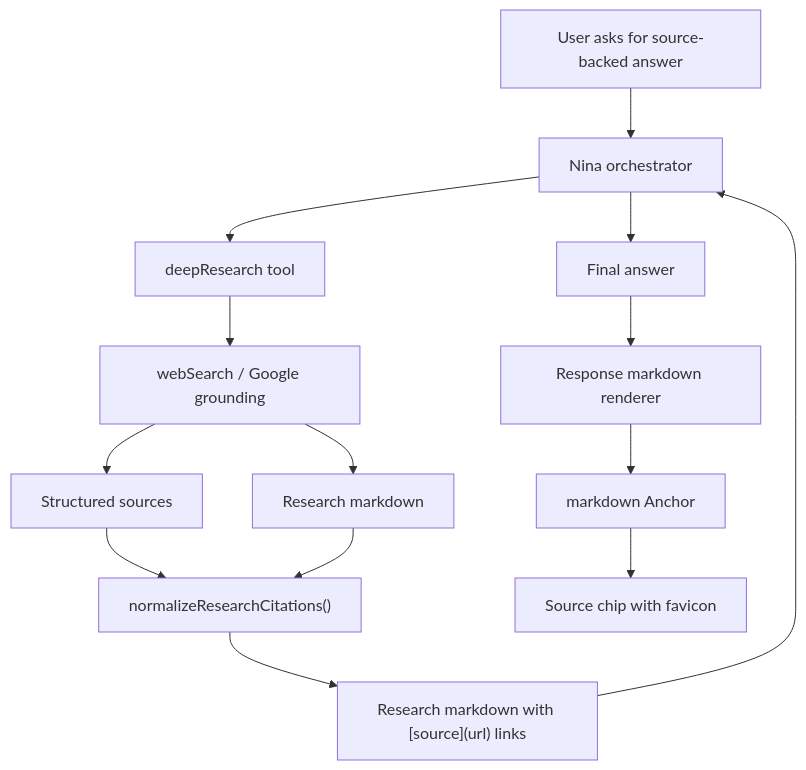
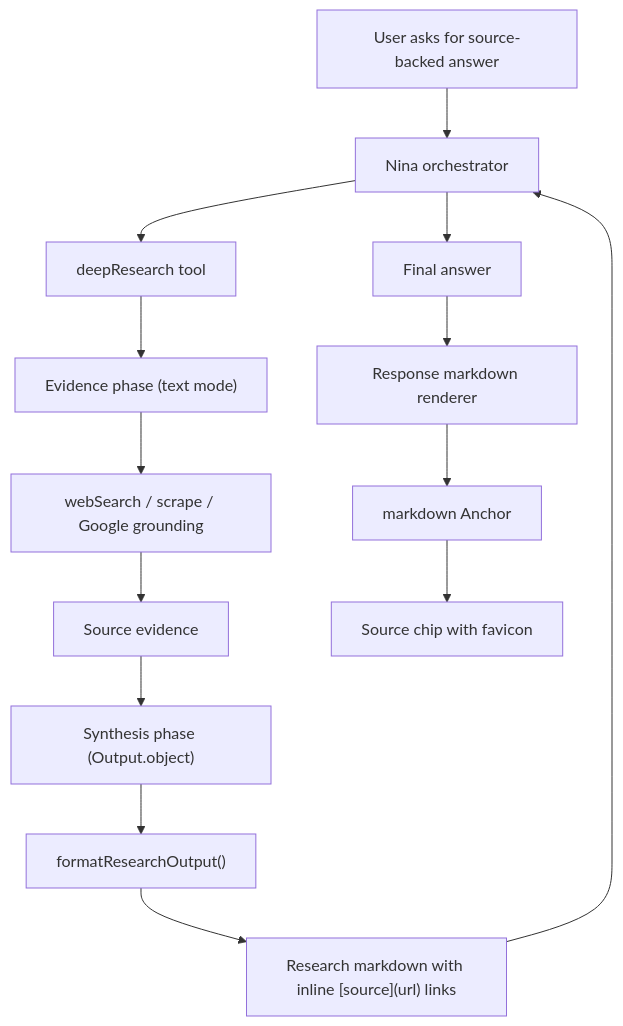
One commit to nakafaai/nakafa.com changed the first of 2 diagrams in packages/ai/agents/docs/research-citations.md. Above: the diagram before and after it, drawn with Mermaid. The commit also changed other lines of this file and 81 other files, not shown here.

Commit message:
Refactor AI research citations and search flows

````diff
--- a/packages/ai/agents/docs/research-citations.md
+++ b/packages/ai/agents/docs/research-citations.md
@@ -8,16 +13,16 @@
 ```mermaid
 flowchart TD
   User["User asks for source-backed answer"] --> Orchestrator["Nina orchestrator"]
   Orchestrator --> Research["deepResearch tool"]
-  Research --> WebSearch["webSearch / Google grounding"]
-  WebSearch --> Sources["Structured sources"]
-  WebSearch --> Draft["Research markdown"]
-  Sources --> Normalize["normalizeResearchCitations()"]
-  Draft --> Normalize
-  Normalize --> Linked["Research markdown with [source](url) links"]
+  Research --> Evidence["Evidence phase (text mode)"]
+  Evidence --> WebSearch["webSearch / scrape / Google grounding"]
+  WebSearch --> Sources["Source evidence"]
+  Sources --> Synthesis["Synthesis phase (Output.object)"]
+  Synthesis --> Render["formatResearchOutput()"]
+  Render --> Linked["Research markdown with inline [source](url) links"]
   Linked --> Orchestrator
   Orchestrator --> Final["Final answer"]
   Final --> Response["Response markdown renderer"]
   Response --> Anchor["markdown Anchor"]
   Anchor --> Source["Source chip with favicon"]
 ```
````
